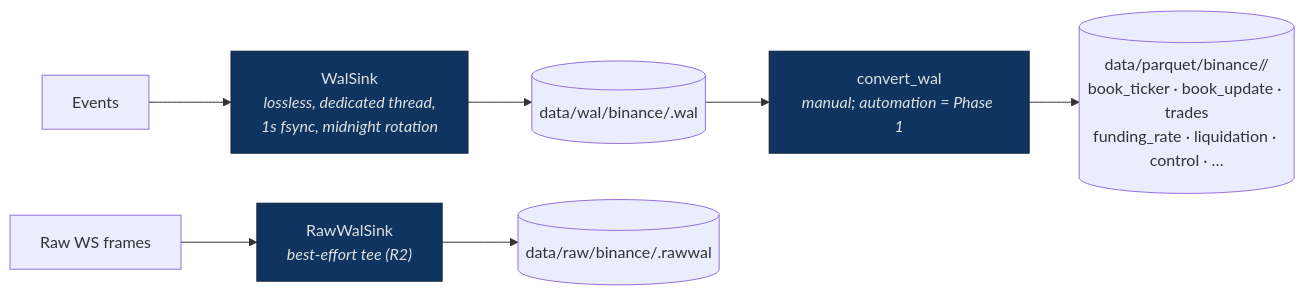
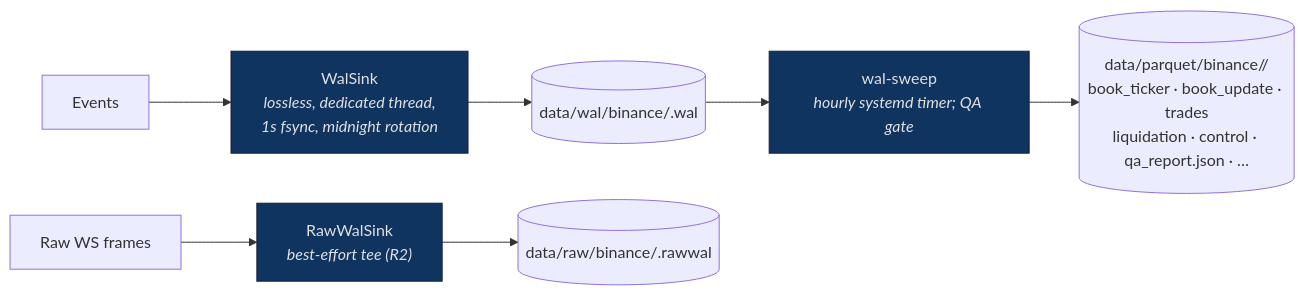
Before and after one commit to mendelabramzon/trading: the second of 2 diagrams in README.md, drawn with Mermaid. The commit also changed other lines of this file and 23 other files, not shown here.

````diff
--- a/README.md
+++ b/README.md
@@ -83,13 +85,13 @@
 ```mermaid
 graph LR
     E[Events] --> W["WalSink<br/><i>lossless, dedicated thread,<br/>1s fsync, midnight rotation</i>"]
     RT[Raw WS frames] --> RW["RawWalSink<br/><i>best-effort tee (R2)</i>"]
     W --> F[("data/wal/binance/<date>.wal")]
     RW --> F2[("data/raw/binance/<date>.rawwal")]
-    F --> PC["convert_wal<br/><i>manual; automation = Phase 1</i>"]
-    PC --> PQ[("data/parquet/binance/<date>/<br/>book_ticker · book_update · trades<br/>funding_rate · liquidation · control · …")]
+    F --> PC["wal-sweep<br/><i>hourly systemd timer; QA gate</i>"]
+    PC --> PQ[("data/parquet/binance/<date>/<br/>book_ticker · book_update · trades<br/>liquidation · control · qa_report.json · …")]
 
     style W fill:#0f3460,stroke:#16213e,color:#e0e0e0
     style RW fill:#0f3460,stroke:#16213e,color:#e0e0e0
     style PC fill:#0f3460,stroke:#16213e,color:#e0e0e0
 ```
````
